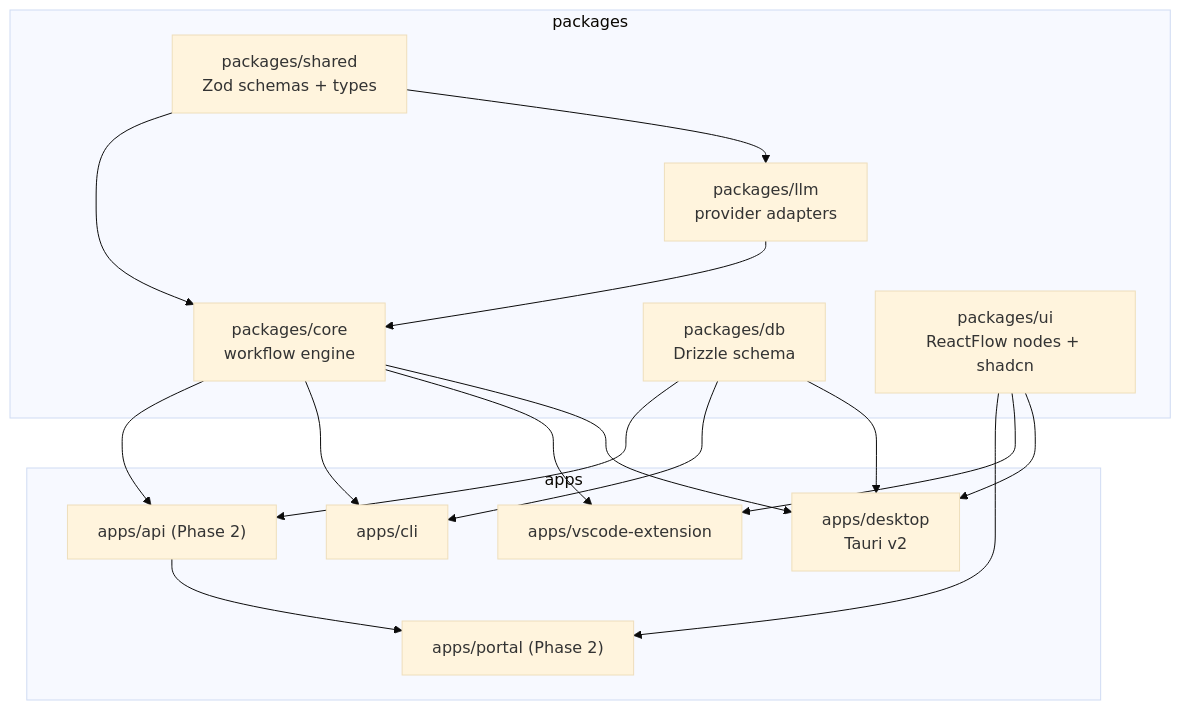
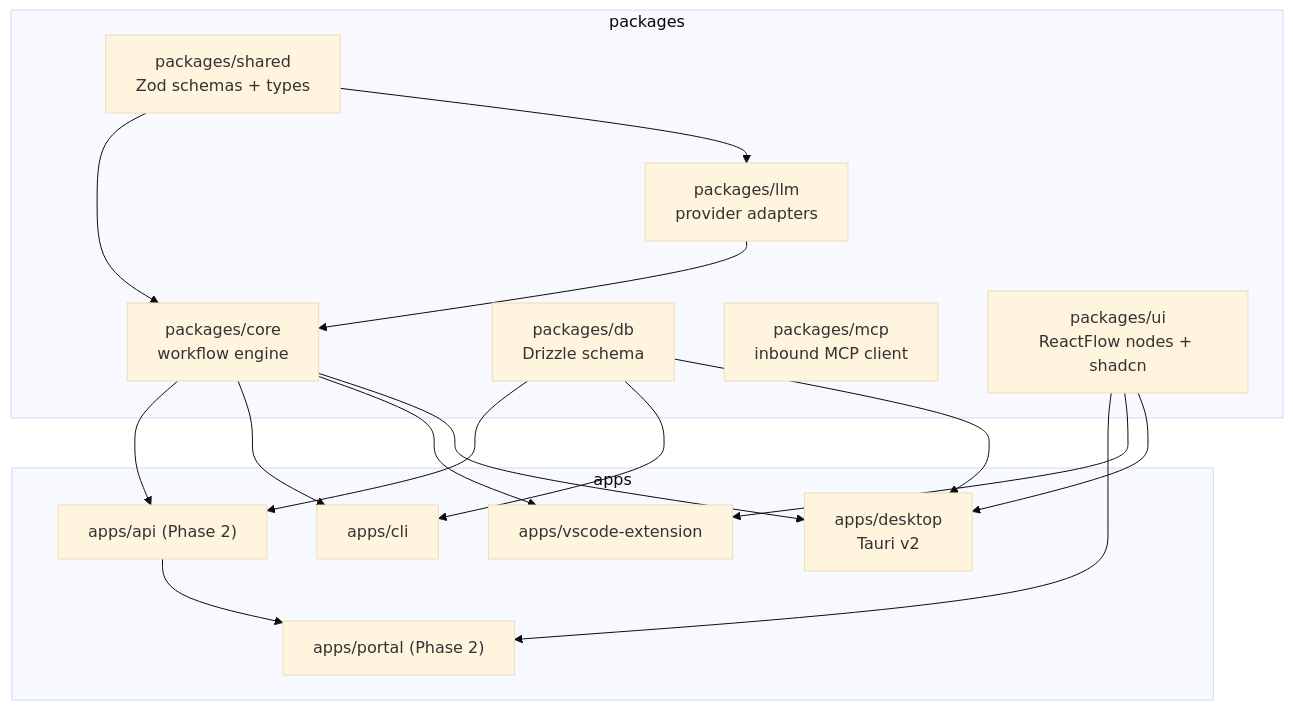
One commit to HodeTech/Relavium changed the diagram in docs/project-structure.md. Above: the diagram before and after it, drawn with Mermaid (base theme). The commit also changed other lines of this file and 9 other files, not shown here.

First line of the commit message:
docs(roadmap): close Wave 0 — finish its markdown items and mark the phase tasks done

````diff
--- a/docs/project-structure.md
+++ b/docs/project-structure.md
@@ -19,31 +19,32 @@
 ```mermaid
 flowchart TD
     subgraph packages
         shared["packages/shared<br/>Zod schemas + types"]
         llm["packages/llm<br/>provider adapters"]
         core["packages/core<br/>workflow engine"]
         db["packages/db<br/>Drizzle schema"]
+        mcp["packages/mcp<br/>inbound MCP client"]
         ui["packages/ui<br/>ReactFlow nodes + shadcn"]
     end
     subgraph apps
         desktop["apps/desktop<br/>Tauri v2"]
         vscode["apps/vscode-extension"]
         cli["apps/cli"]
         portal["apps/portal (Phase 2)"]
         api["apps/api (Phase 2)"]
     end
 
     shared --> llm --> core
     shared --> core
     core --> desktop
     core --> vscode
     core --> cli
     core --> api
     ui --> desktop
     ui --> vscode
     ui --> portal
     db --> desktop
     db --> cli
     db --> api
     api --> portal
 ```
````
